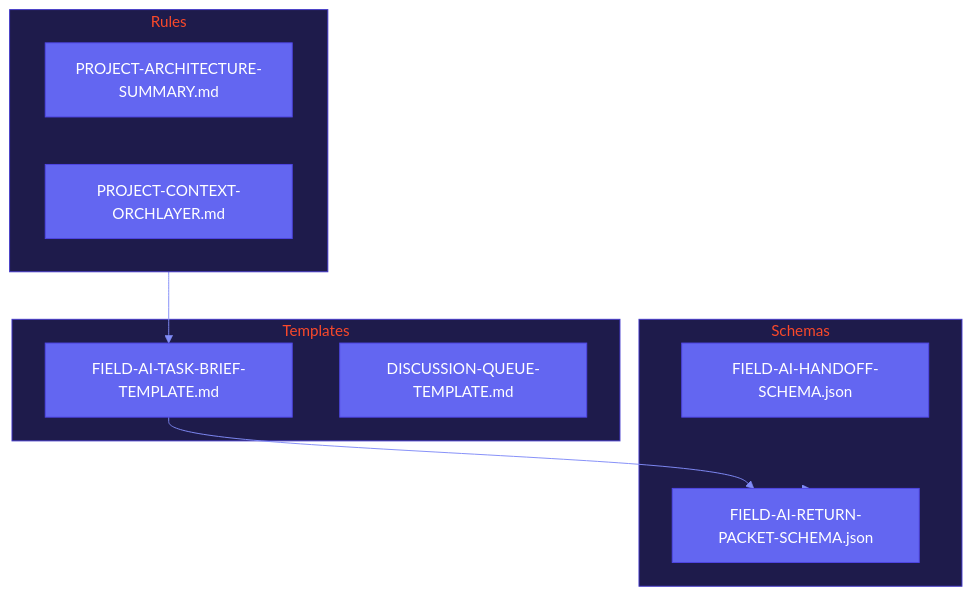
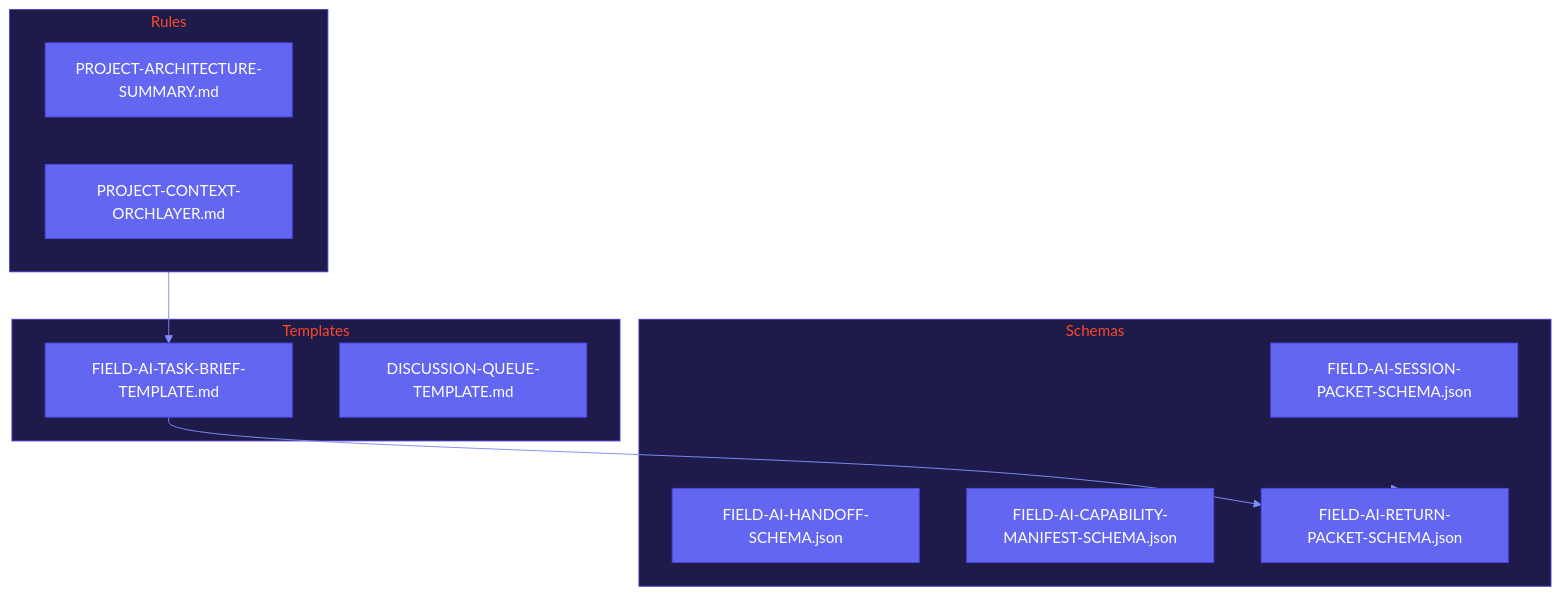
The diagram in 00_Project-Core/README.md (NoranBits/OrchLayerAI), drawn with Mermaid before and after one commit. The commit also changed other lines of this file and 12 other files, not shown here.

Commit message:
feat: Standardize and normalize core FIELD-AI contracts and schemas for the v3.0-beta migration.

````diff
--- a/00_Project-Core/README.md
+++ b/00_Project-Core/README.md
@@ -9,34 +9,36 @@
 ```mermaid
 %%{init: {
   'theme': 'base',
   'themeVariables': {
     'primaryColor': '#6366f1',
     'primaryTextColor': '#fff',
     'primaryBorderColor': '#4f46e5',
     'lineColor': '#818cf8',
     'secondaryColor': '#ec4899',
     'tertiaryColor': '#06b6d4',
     'clusterBkg': '#1e1b4b',
     'clusterBorder': '#4338ca'
   }
 }}%%
 graph TD
     subgraph Schemas
+        Session[FIELD-AI-SESSION-PACKET-SCHEMA.json]
         Handoff[FIELD-AI-HANDOFF-SCHEMA.json]
+        Capability[FIELD-AI-CAPABILITY-MANIFEST-SCHEMA.json]
         Return[FIELD-AI-RETURN-PACKET-SCHEMA.json]
     end
     
     subgraph Templates
         Brief[FIELD-AI-TASK-BRIEF-TEMPLATE.md]
         Queue[DISCUSSION-QUEUE-TEMPLATE.md]
     end
     
     subgraph Rules
         Arch[PROJECT-ARCHITECTURE-SUMMARY.md]
         Context[PROJECT-CONTEXT-ORCHLAYER.md]
     end
     
     Rules --> Brief
     Schemas --> Return
     Brief --> Return
 ```
````
